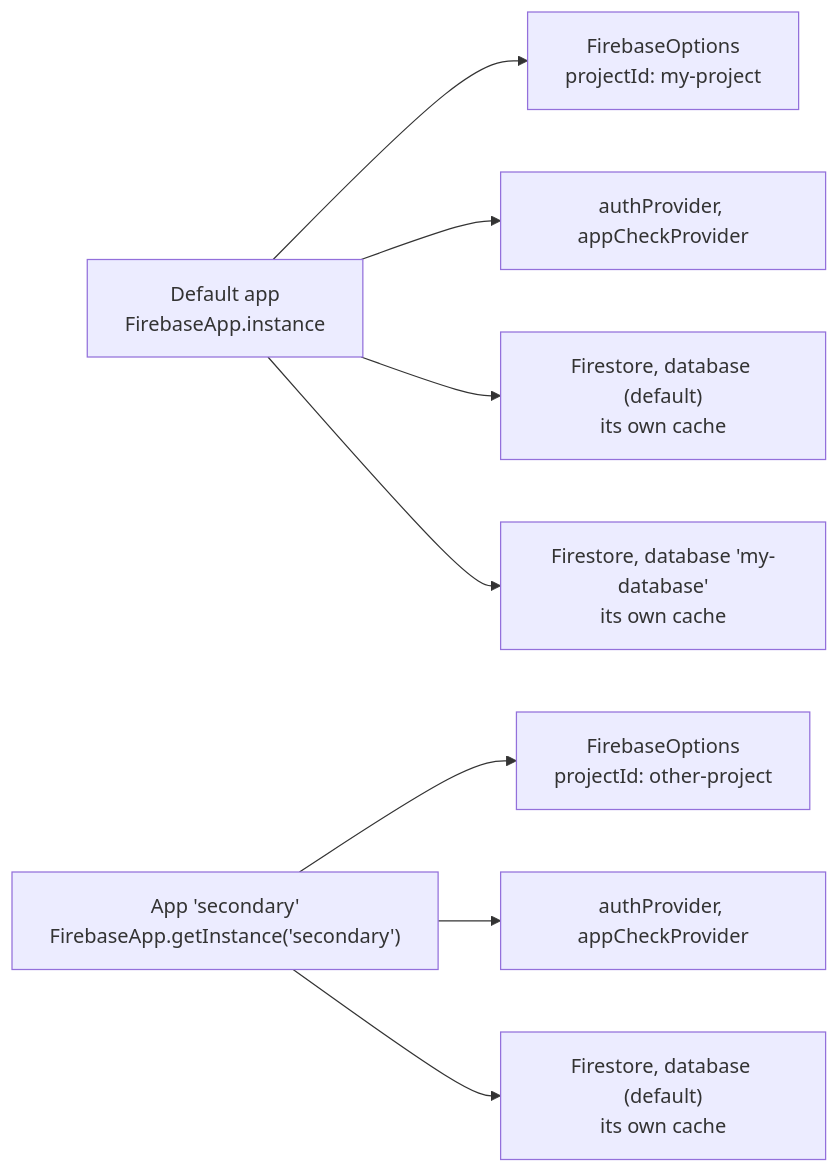
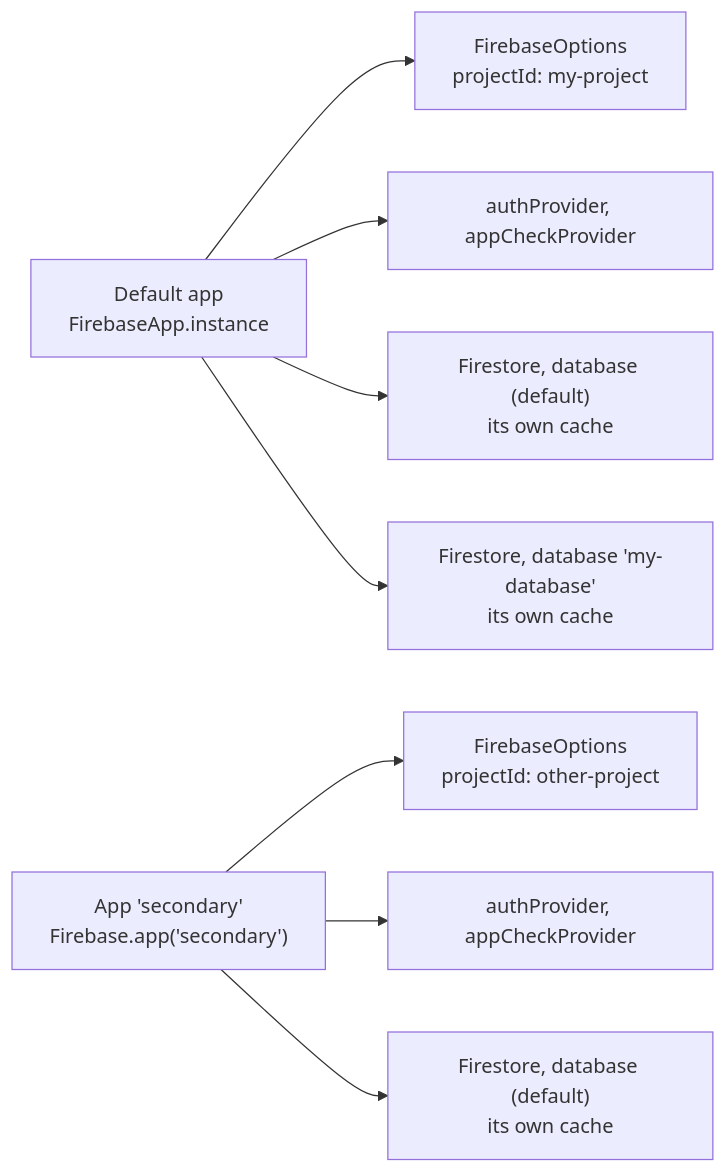
The diagram in docs/guides/firebase_app.md (long1eu/firebase_dart_sdk), drawn with Mermaid before and after one commit. The commit also changed other lines of this file and 27 other files, not shown here.

First line of the commit message:
Bring main's new diagrams, pictures and the FlutterFire bridge to the 0.2 names

````diff
--- a/docs/guides/firebase_app.md
+++ b/docs/guides/firebase_app.md
@@ -43,21 +43,21 @@
 ```mermaid
 flowchart LR
   accTitle: Default and named apps and what belongs to each
   accDescr: The default app and an app named secondary each have their own FirebaseOptions, their own authProvider and appCheckProvider, and their own Firestore instances, one per database. The default app here has two, for the databases (default) and my-database, each with its own cache. app.delete() shuts down the Firestore instances of that app.
   defaultApp["Default app<br/>FirebaseApp.instance"]
   defaultOptions["FirebaseOptions<br/>projectId: my-project"]
   defaultProviders["authProvider, appCheckProvider"]
   defaultDb["Firestore, database (default)<br/>its own cache"]
   namedDb["Firestore, database 'my-database'<br/>its own cache"]
-  secondaryApp["App 'secondary'<br/>FirebaseApp.getInstance('secondary')"]
+  secondaryApp["App 'secondary'<br/>Firebase.app('secondary')"]
   secondaryOptions["FirebaseOptions<br/>projectId: other-project"]
   secondaryProviders["authProvider, appCheckProvider"]
   secondaryDb["Firestore, database (default)<br/>its own cache"]
   defaultApp --> defaultOptions
   defaultApp --> defaultProviders
   defaultApp --> defaultDb
   defaultApp --> namedDb
   secondaryApp --> secondaryOptions
   secondaryApp --> secondaryProviders
   secondaryApp --> secondaryDb
 ```
````
